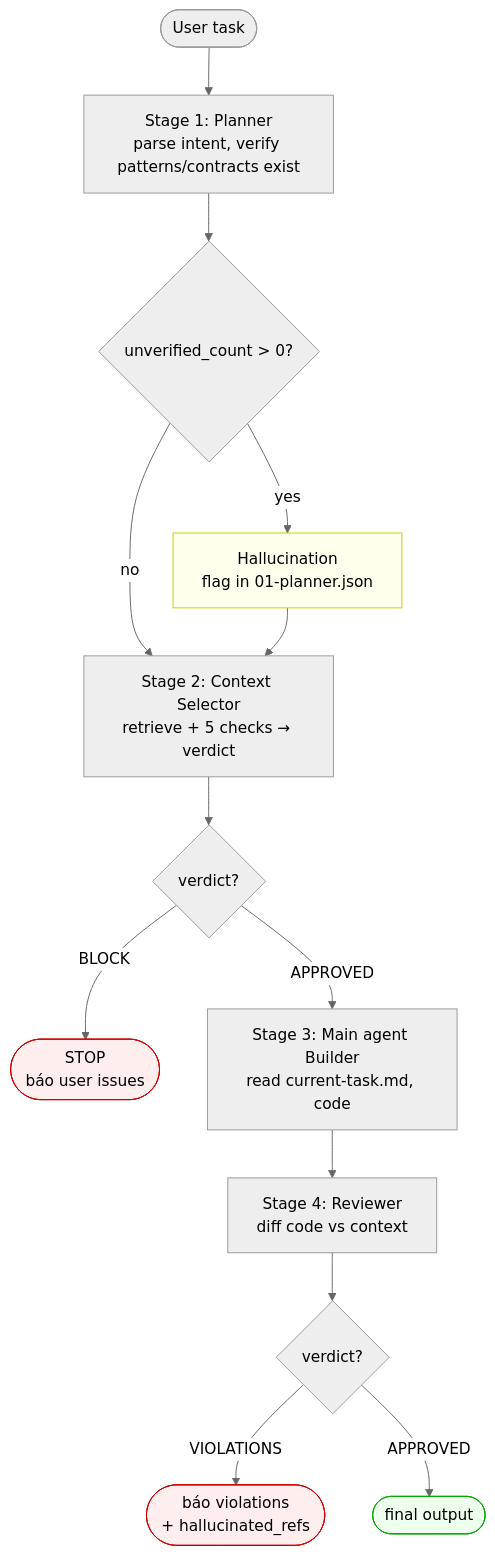
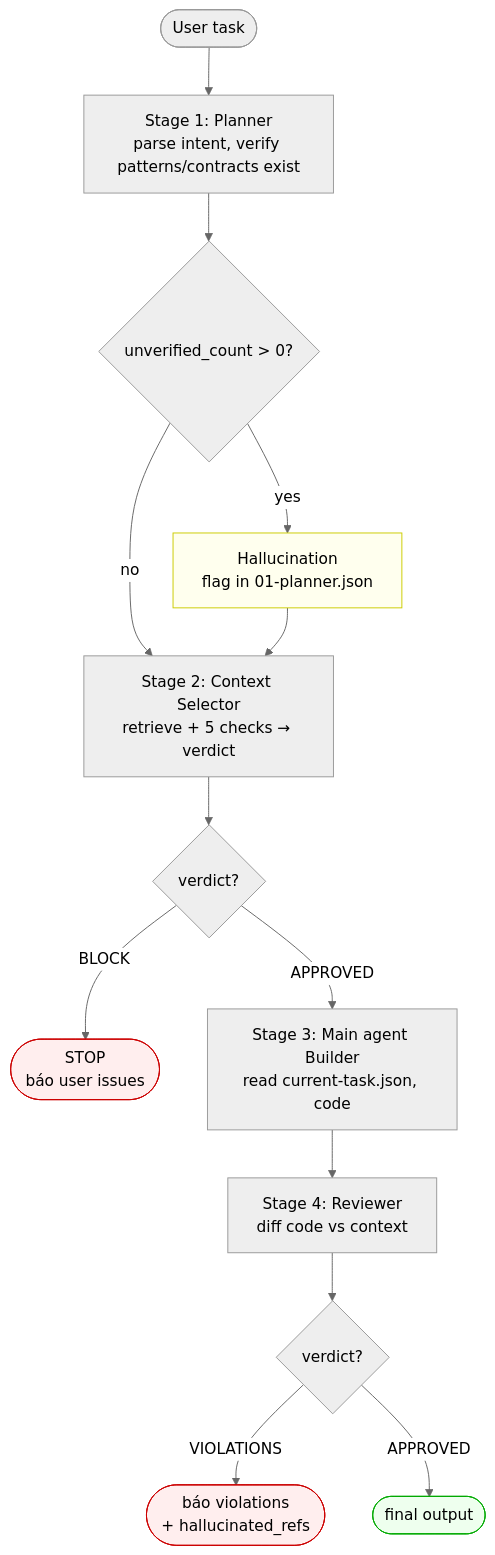
The second of 2 diagrams in agents/pipeline/PIPELINE-VISUAL.md (philngt/contextd), drawn with Mermaid (neutral theme) before and after one commit. The commit also changed other lines of this file and 62 other files, not shown here.

````diff
--- a/agents/pipeline/PIPELINE-VISUAL.md
+++ b/agents/pipeline/PIPELINE-VISUAL.md
@@ -60,22 +60,22 @@
 ```mermaid
 flowchart TD
     Start([User task]) --> S1[Stage 1: Planner<br/>parse intent, verify patterns/contracts exist]
     S1 --> Q1{unverified_count > 0?}
     Q1 -- yes --> Halluc1[Hallucination<br/>flag in 01-planner.json]
     Q1 -- no --> S2[Stage 2: Context Selector<br/>retrieve + 5 checks → verdict]
     Halluc1 --> S2
     S2 --> Q2{verdict?}
     Q2 -- BLOCK --> Stop1([STOP<br/>báo user issues])
-    Q2 -- APPROVED --> S4[Stage 3: Main agent Builder<br/>read current-task.md, code]
+    Q2 -- APPROVED --> S4[Stage 3: Main agent Builder<br/>read current-task.json, code]
     S4 --> S5[Stage 4: Reviewer<br/>diff code vs context]
     S5 --> Q3{verdict?}
     Q3 -- VIOLATIONS --> Out1([báo violations<br/>+ hallucinated_refs])
     Q3 -- APPROVED --> Out2([final output])
 
     classDef block fill:#fee,stroke:#c00
     classDef ok fill:#efe,stroke:#0a0
     classDef warn fill:#ffe,stroke:#cc0
     class Stop1,Out1 block
     class Out2 ok
     class Halluc1 warn
 ```
````
